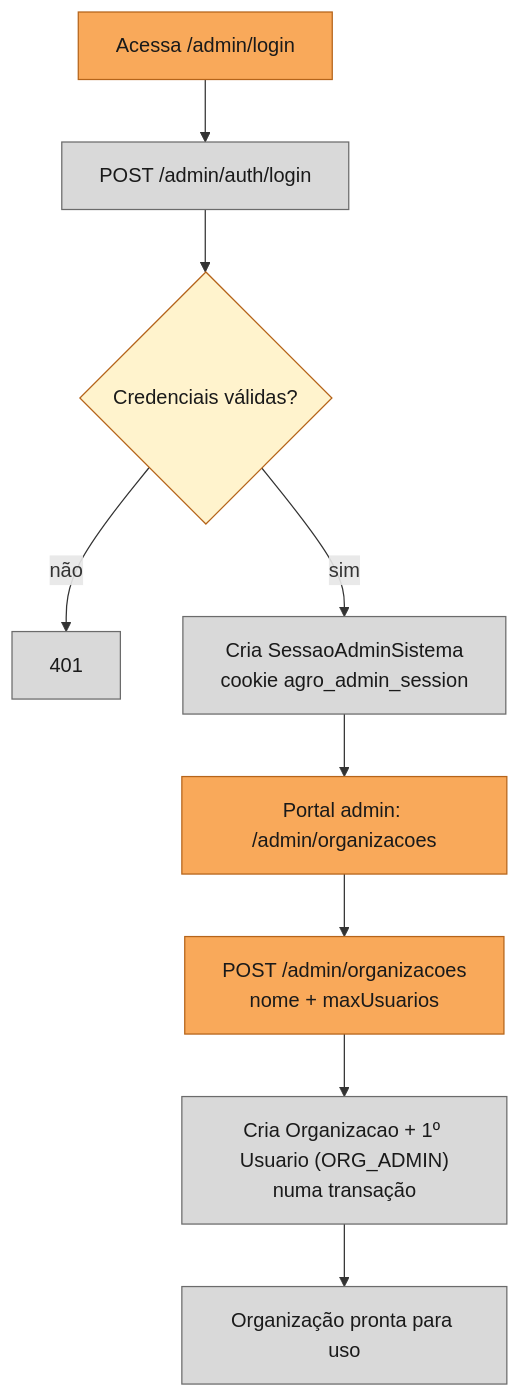
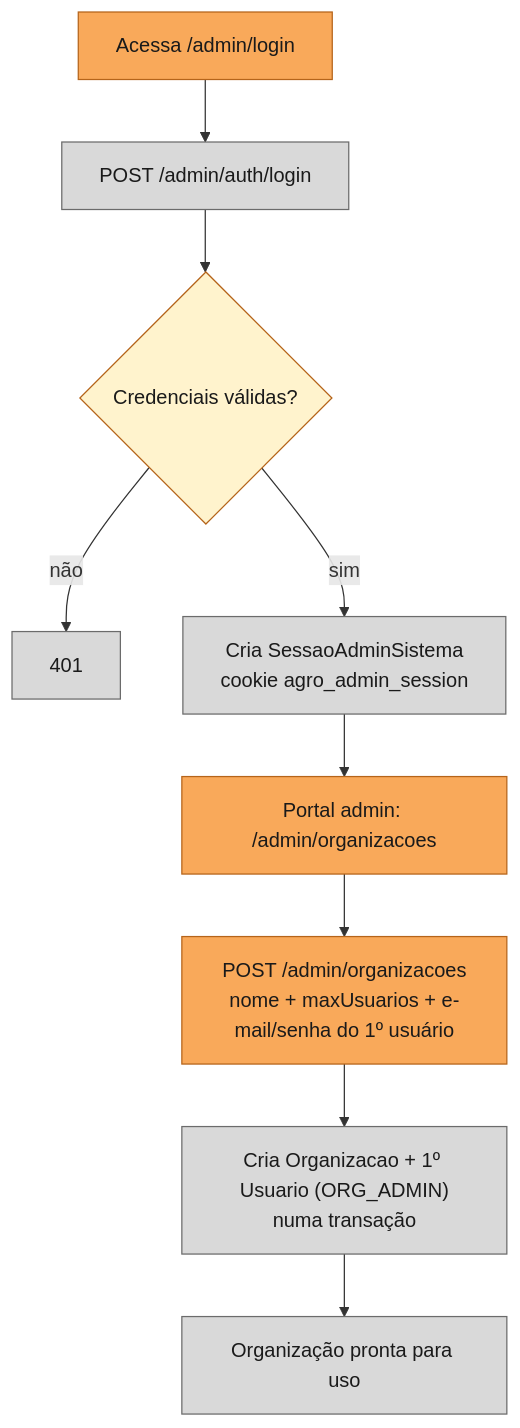
The second of 4 diagrams in docs/FLUXOS.md (Megadraco2/agro), drawn with Mermaid before and after one commit. The commit also changed other lines of this file and 4 other files, not shown here.

````diff
--- a/docs/FLUXOS.md
+++ b/docs/FLUXOS.md
@@ -38,20 +35,20 @@
 ```mermaid
 flowchart TD
     classDef admin fill:#f9a95a,stroke:#b5641a,color:#1a1a1a
     classDef sistema fill:#d9d9d9,stroke:#6b6b6b,color:#1a1a1a
     classDef decisao fill:#fff3cd,stroke:#b5641a,color:#1a1a1a
 
     A1["Acessa /admin/login"]:::admin
     A2["POST /admin/auth/login"]:::sistema
     A3{"Credenciais válidas?"}:::decisao
     A4["401"]:::sistema
     A5["Cria SessaoAdminSistema<br/>cookie agro_admin_session"]:::sistema
     A6["Portal admin: /admin/organizacoes"]:::admin
-    A7["POST /admin/organizacoes<br/>nome + maxUsuarios"]:::admin
+    A7["POST /admin/organizacoes<br/>nome + maxUsuarios + e-mail/senha do 1º usuário"]:::admin
     A8["Cria Organizacao + 1º Usuario (ORG_ADMIN)<br/>numa transação"]:::sistema
     A9["Organização pronta para uso"]:::sistema
 
     A1 --> A2 --> A3
     A3 -->|não| A4
     A3 -->|sim| A5 --> A6 --> A7 --> A8 --> A9
 ```
````
